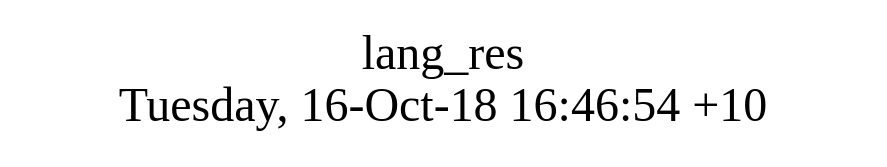
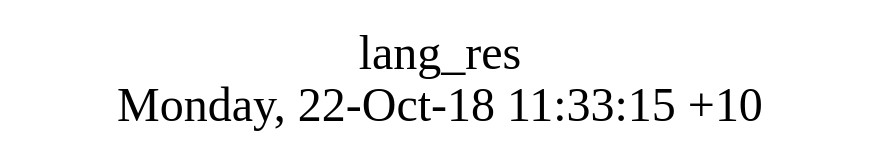
One commit to AplaProject/apps changed the diagram in src/lang_res/struct.dot. Above: the diagram before and after it, drawn with Graphviz. The commit also changed 54 other files, not shown here.

```diff
--- a/src/lang_res/struct.dot
+++ b/src/lang_res/struct.dot
@@ -1,8 +1,8 @@
 digraph G {
 fontsize="24";
-label="lang_res\nTuesday, 16-Oct-18 16:46:54 +10";
+label="lang_res\nMonday, 22-Oct-18 11:33:15 +10";
 nojustify=true;
 ordering=out;
 rankdir=LR;
 size="30";
 }
```
